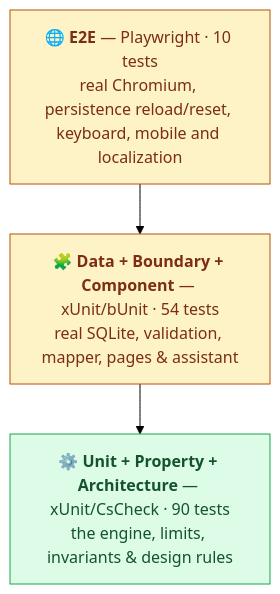
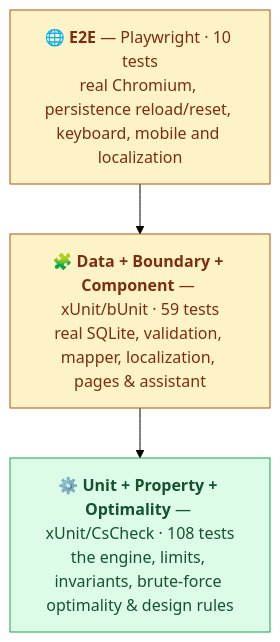
The diagram in docs/TESTING.md (aco993/WorkPlanStudio), drawn with Mermaid (forest theme) before and after one commit. The commit also changed other lines of this file and 8 other files, not shown here.

````diff
--- a/docs/TESTING.md
+++ b/docs/TESTING.md
@@ -14,13 +14,13 @@
 ```mermaid
 graph TD
     E2E["🌐 <b>E2E</b> — Playwright · 10 tests<br/>real Chromium, persistence reload/reset, keyboard, mobile and localization"]
-    WEB["🧩 <b>Data + Boundary + Component</b> — xUnit/bUnit · 54 tests<br/>real SQLite, validation, mapper, pages &amp; assistant"]
-    UNIT["⚙️ <b>Unit + Property + Architecture</b> — xUnit/CsCheck · 90 tests<br/>the engine, limits, invariants &amp; design rules"]
+    WEB["🧩 <b>Data + Boundary + Component</b> — xUnit/bUnit · 59 tests<br/>real SQLite, validation, mapper, localization, pages &amp; assistant"]
+    UNIT["⚙️ <b>Unit + Property + Optimality</b> — xUnit/CsCheck · 108 tests<br/>the engine, limits, invariants, brute-force optimality &amp; design rules"]
 
     E2E --> WEB --> UNIT
 
     classDef fast fill:#dcfce7,stroke:#16a34a,color:#14532d;
     classDef slow fill:#fef3c7,stroke:#b45309,color:#7c2d12;
     class UNIT fast;
     class WEB,E2E slow;
 ```
````
